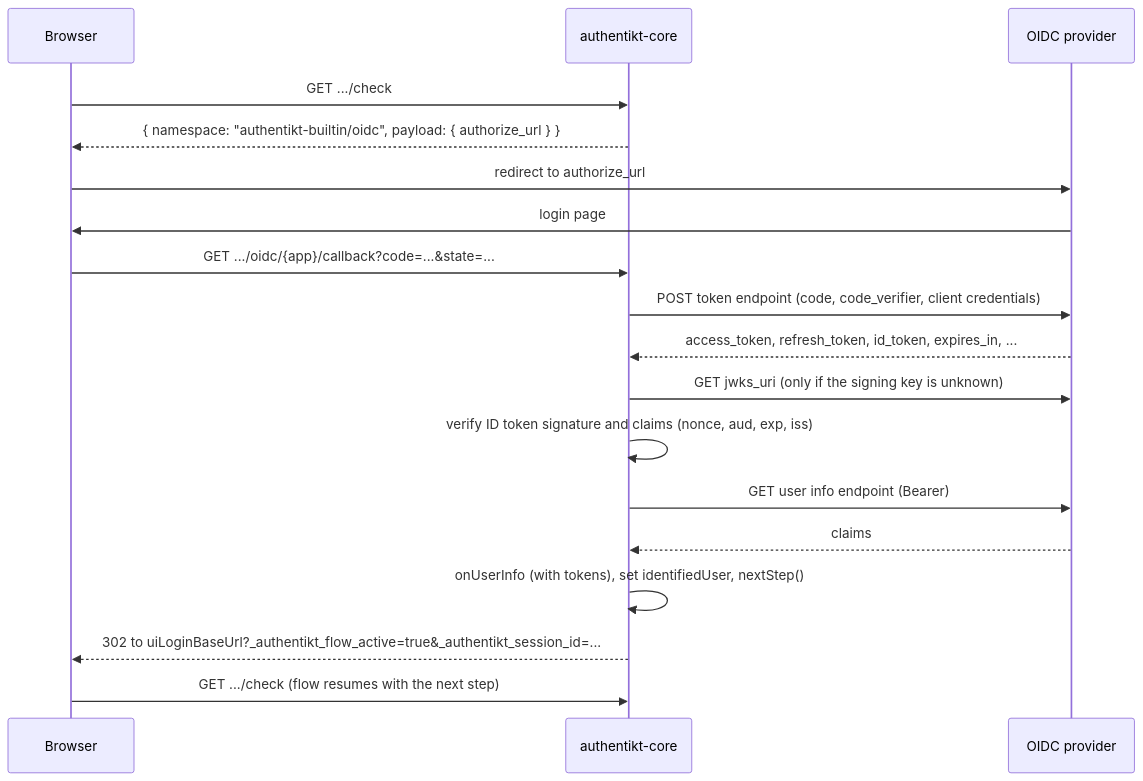
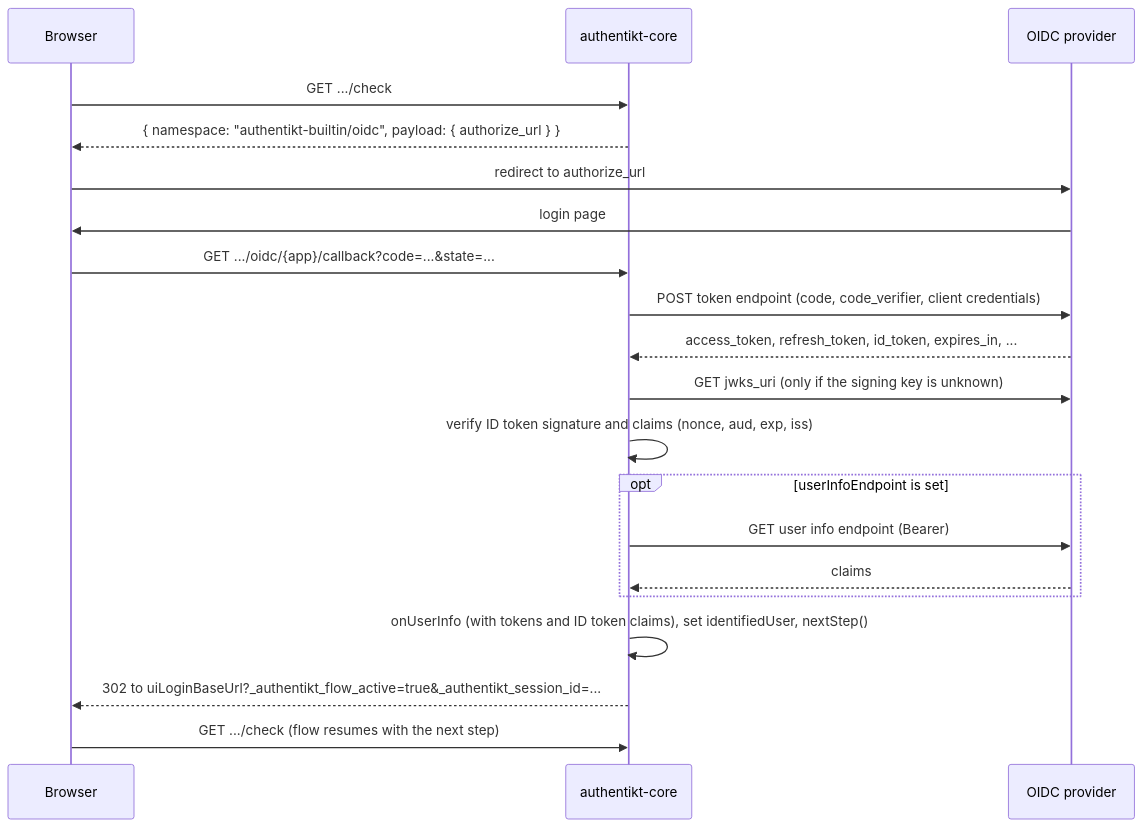
The diagram in Writerside/topics/oidc-plugin.md (Julius-Babies/authentikt), drawn with Mermaid before and after one commit. The commit also changed other lines of this file and 5 other files, not shown here.

First line of the commit message:
feat: Resolve the OIDC user from the ID token without a user info request (#31)

````diff
--- a/Writerside/topics/oidc-plugin.md
+++ b/Writerside/topics/oidc-plugin.md
@@ -126,21 +167,23 @@
 ```mermaid
 sequenceDiagram
     participant B as Browser
     participant K as authentikt-core
     participant P as OIDC provider
 
     B->>K: GET .../check
     K-->>B: { namespace: "authentikt-builtin/oidc", payload: { authorize_url } }
     B->>P: redirect to authorize_url
     P->>B: login page
     B->>K: GET .../oidc/{app}/callback?code=...&state=...
     K->>P: POST token endpoint (code, code_verifier, client credentials)
     P-->>K: access_token, refresh_token, id_token, expires_in, ...
     K->>P: GET jwks_uri (only if the signing key is unknown)
     K->>K: verify ID token signature and claims (nonce, aud, exp, iss)
-    K->>P: GET user info endpoint (Bearer)
-    P-->>K: claims
-    K->>K: onUserInfo (with tokens), set identifiedUser, nextStep()
+    opt userInfoEndpoint is set
+        K->>P: GET user info endpoint (Bearer)
+        P-->>K: claims
+    end
+    K->>K: onUserInfo (with tokens and ID token claims), set identifiedUser, nextStep()
     K-->>B: 302 to uiLoginBaseUrl?_authentikt_flow_active=true&_authentikt_session_id=...
     B->>K: GET .../check (flow resumes with the next step)
 ```
````
